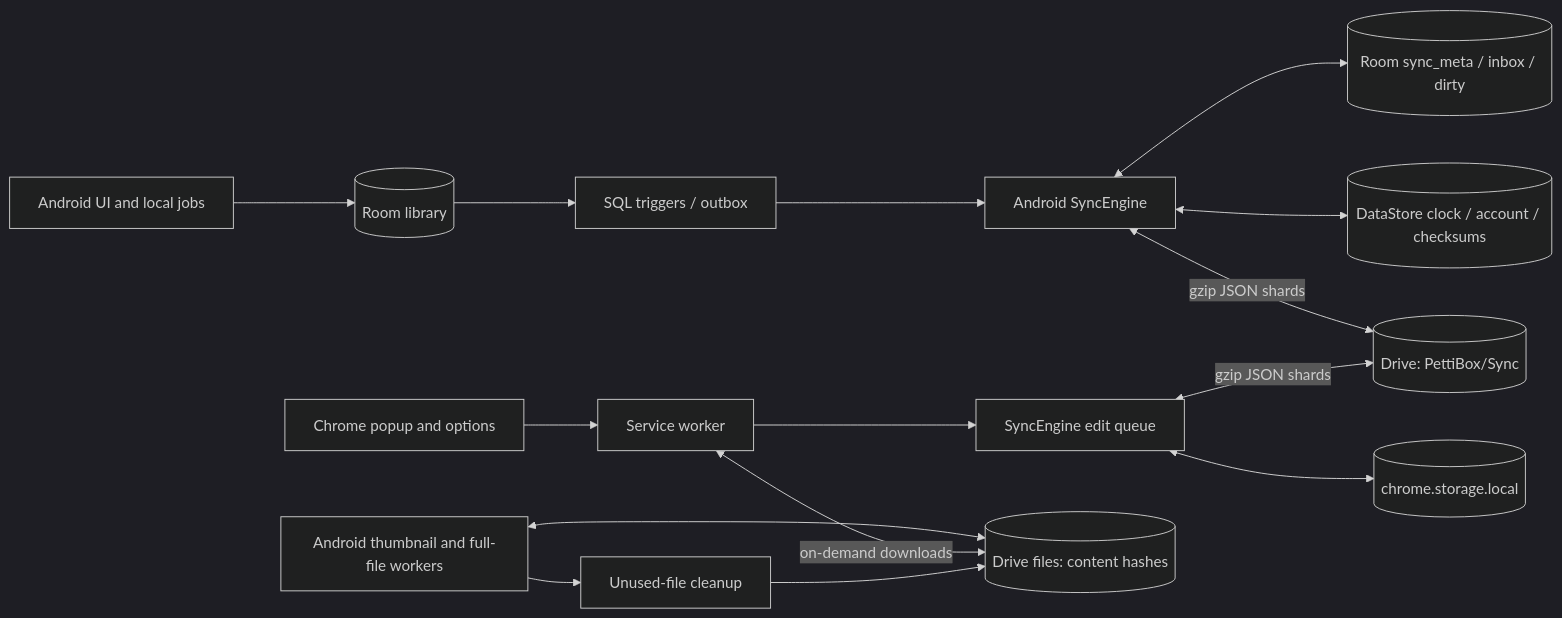
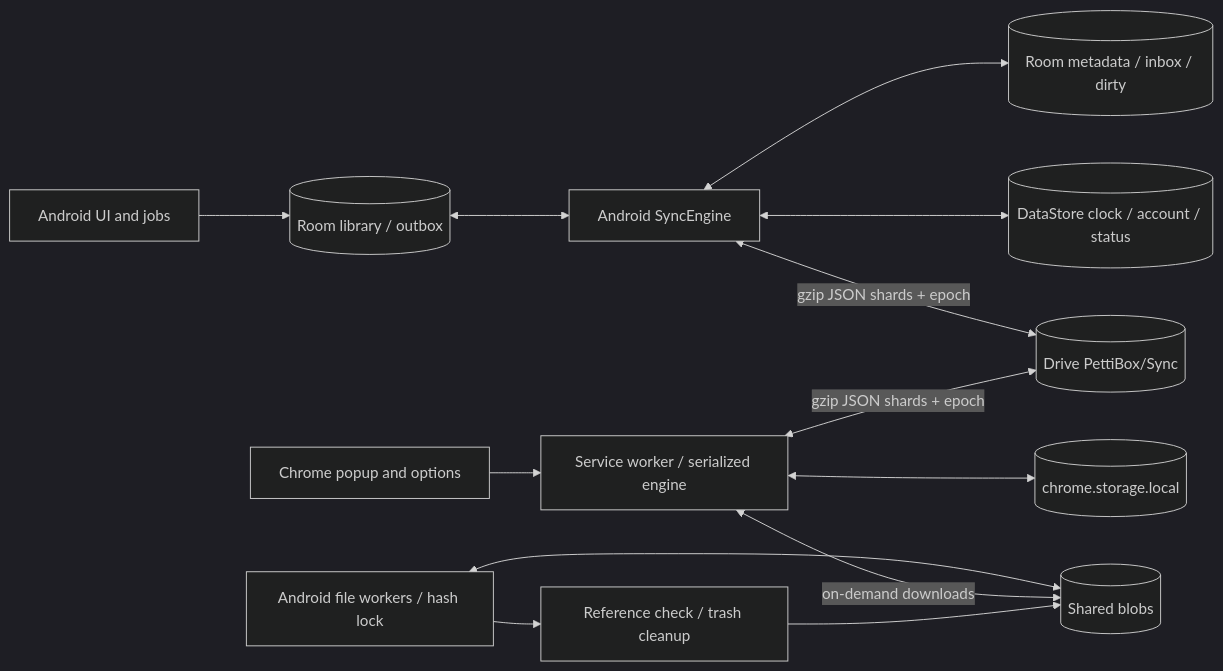
The diagram in audit/SYNC_SYSTEM_DESIGN_AUDIT.md (ghostgramlabs/PettiBox), drawn with Mermaid (dark theme) before and after one commit. The commit also changed other lines of this file and 24 other files, not shown here.

````diff
--- a/audit/SYNC_SYSTEM_DESIGN_AUDIT.md
+++ b/audit/SYNC_SYSTEM_DESIGN_AUDIT.md
@@ -23,17 +45,15 @@
 ```mermaid
 flowchart LR
-    A[Android UI and local jobs] --> DB[(Room library)]
-    DB --> T[SQL triggers / outbox]
-    T --> E[Android SyncEngine]
-    E <--> M[(Room sync_meta / inbox / dirty)]
-    E <--> P[(DataStore clock / account / checksums)]
-    C[Chrome popup and options] --> W[Service worker]
-    W --> Q[SyncEngine edit queue]
+    A[Android UI and jobs] --> DB[(Room library / outbox)]
+    DB <--> E[Android SyncEngine]
+    E <--> M[(Room metadata / inbox / dirty)]
+    E <--> P[(DataStore clock / account / status)]
+    C[Chrome popup and options] --> Q[Service worker / serialized engine]
     Q <--> L[(chrome.storage.local)]
-    E <-->|gzip JSON shards| D[(Drive: PettiBox/Sync)]
-    Q <-->|gzip JSON shards| D
-    F[Android thumbnail and full-file workers] <--> B[(Drive files: content hashes)]
-    W <-->|on-demand downloads| B
-    F --> G[Unused-file cleanup]
+    E <-->|gzip JSON shards + epoch| D[(Drive PettiBox/Sync)]
+    Q <-->|gzip JSON shards + epoch| D
+    F[Android file workers / hash lock] <--> B[(Shared blobs)]
+    Q <-->|on-demand downloads| B
+    F --> G[Reference check / trash cleanup]
     G --> B
 ```
````
